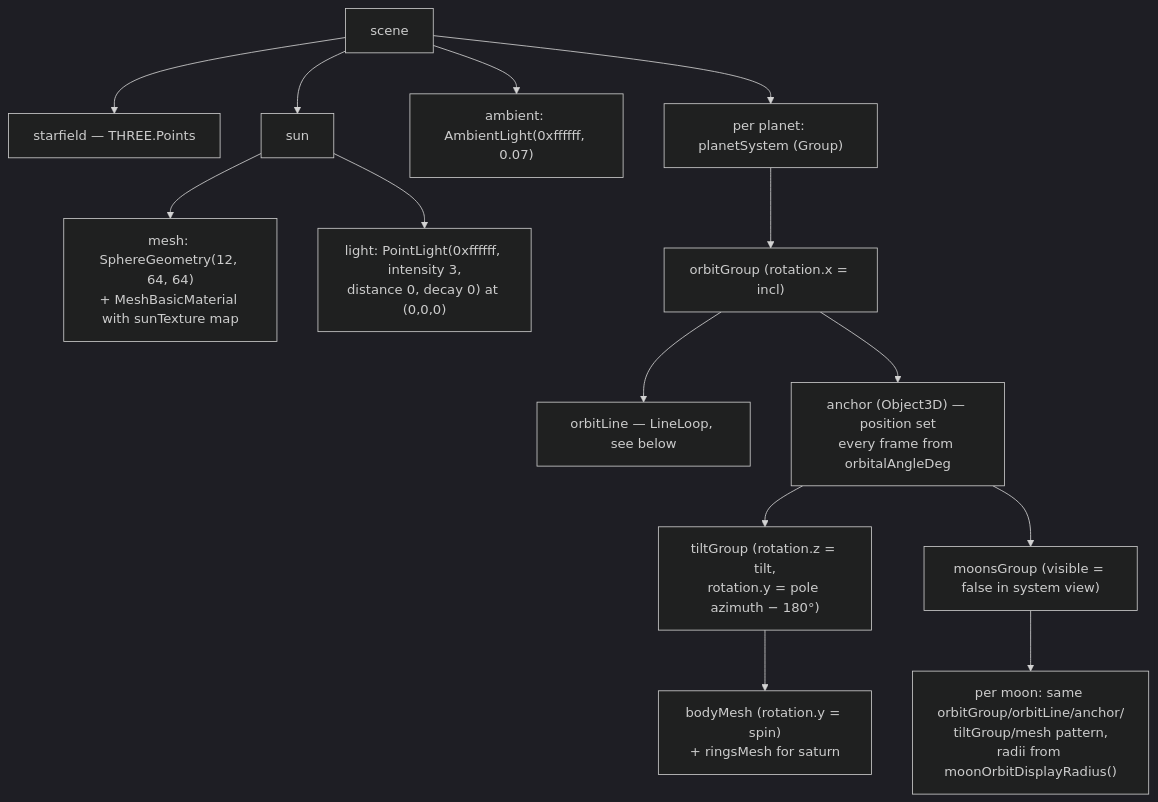
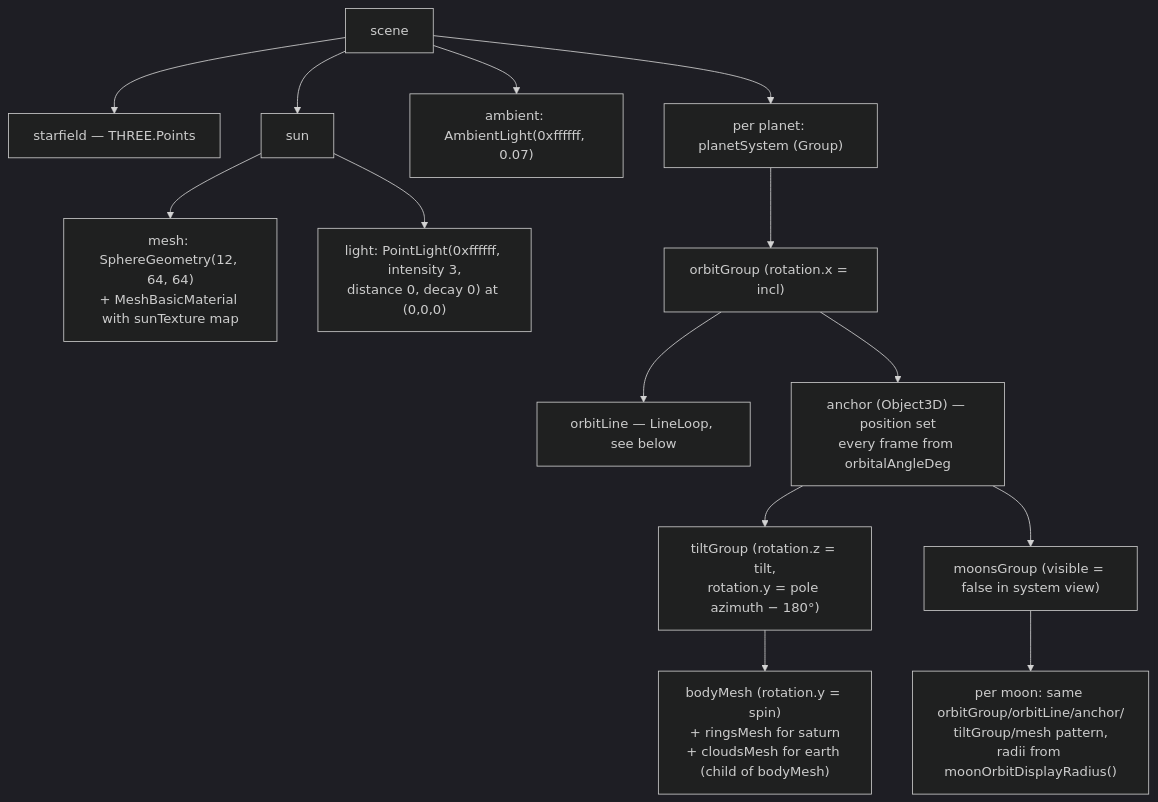
The diagram in docs/05-threejs-scene-spec.md (J-YvesL/solar-3d), drawn with Mermaid (dark theme) before and after one commit. The commit also changed other lines of this file and 7 other files, not shown here.

````diff
--- a/docs/05-threejs-scene-spec.md
+++ b/docs/05-threejs-scene-spec.md
@@ -102,16 +102,16 @@
 ```mermaid
 flowchart TD
     scene --> starfield["starfield — THREE.Points"]
     scene --> sun
     scene --> ambient["ambient: AmbientLight(0xffffff, 0.07)"]
     scene --> ps["per planet: planetSystem (Group)"]
     sun --> sunMesh["mesh: SphereGeometry(12, 64, 64)<br/>+ MeshBasicMaterial with sunTexture map"]
     sun --> sunLight["light: PointLight(0xffffff, intensity 3,<br/>distance 0, decay 0) at (0,0,0)"]
     ps --> og["orbitGroup (rotation.x = incl)"]
     og --> ol["orbitLine — LineLoop, see below"]
     og --> anchor["anchor (Object3D) — position set<br/>every frame from orbitalAngleDeg"]
     anchor --> tg["tiltGroup (rotation.z = tilt,<br/>rotation.y = pole azimuth − 180°)"]
-    tg --> bm["bodyMesh (rotation.y = spin)<br/>+ ringsMesh for saturn"]
+    tg --> bm["bodyMesh (rotation.y = spin)<br/>+ ringsMesh for saturn<br/>+ cloudsMesh for earth (child of bodyMesh)"]
     anchor --> mg["moonsGroup (visible = false in system view)"]
     mg --> pm["per moon: same orbitGroup/orbitLine/anchor/<br/>tiltGroup/mesh pattern,<br/>radii from moonOrbitDisplayRadius()"]
 ```
````
